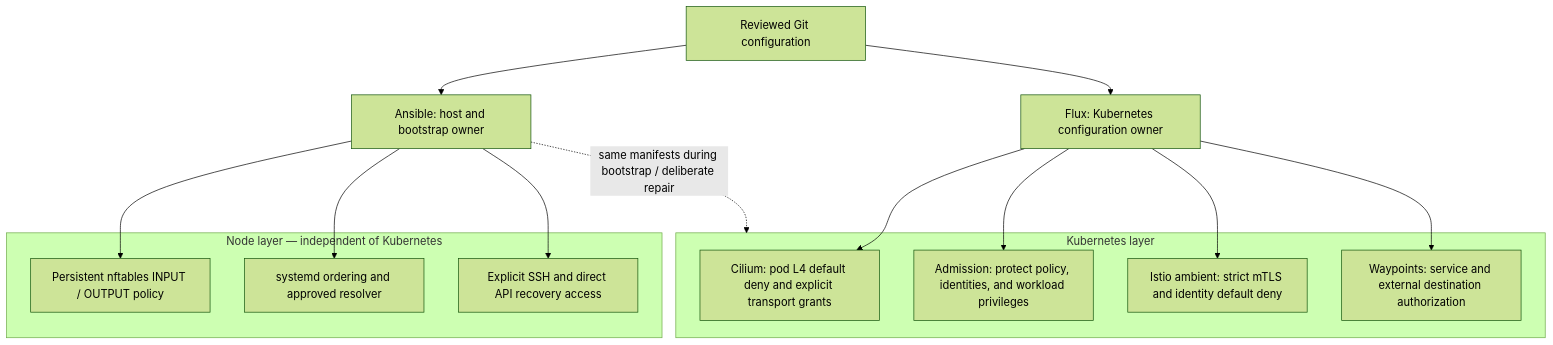
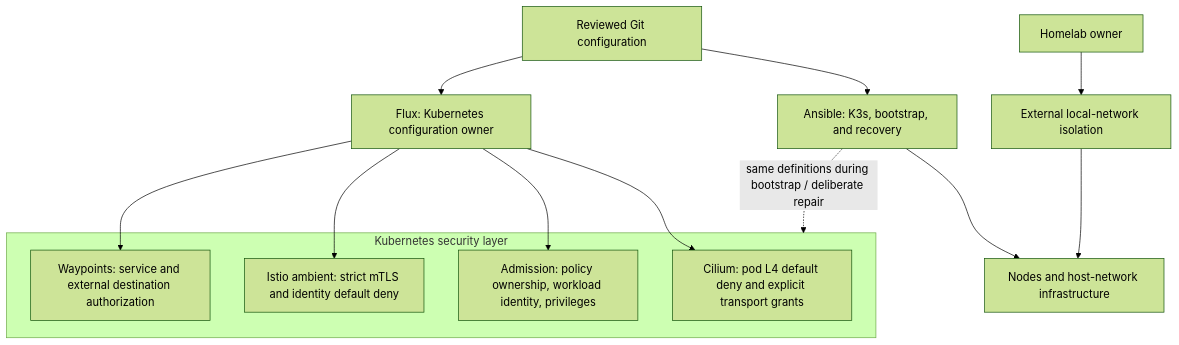
Before and after one commit to liamawhite/homelab: the second of 5 diagrams in docs/architecture/network-security.md, drawn with Mermaid (forest theme). The commit also changed other lines of this file and 24 other files, not shown here.

Commit message:
Delegate node isolation externally and retain pod and mesh default deny

````diff
--- a/docs/architecture/network-security.md
+++ b/docs/architecture/network-security.md
@@ -13,27 +25,21 @@
 ```mermaid
 flowchart TB
-    Git["Reviewed Git configuration"]
-    Git --> Ansible["Ansible: host and bootstrap owner"]
+    Owner["Homelab owner"] --> External["External local-network isolation"]
+    External --> Nodes["Nodes and host-network infrastructure"]
+
+    Git["Reviewed Git configuration"] --> Ansible["Ansible: K3s, bootstrap, and recovery"]
     Git --> Flux["Flux: Kubernetes configuration owner"]
+    Ansible --> Nodes
 
-    subgraph Hosts["Node layer — independent of Kubernetes"]
-        NFT["Persistent nftables INPUT / OUTPUT policy"]
-        Boot["systemd ordering and approved resolver"]
-        Recovery["Explicit SSH and direct API recovery access"]
-    end
-    Ansible --> NFT
-    Ansible --> Boot
-    Ansible --> Recovery
-
-    subgraph Cluster["Kubernetes layer"]
+    subgraph Cluster["Kubernetes security layer"]
         Cilium["Cilium: pod L4 default deny and explicit transport grants"]
-        Admission["Admission: protect policy, identities, and workload privileges"]
+        Admission["Admission: policy ownership, workload identity, privileges"]
         Istio["Istio ambient: strict mTLS and identity default deny"]
         Waypoint["Waypoints: service and external destination authorization"]
     end
     Flux --> Cilium
     Flux --> Admission
     Flux --> Istio
     Flux --> Waypoint
-    Ansible -. "same manifests during bootstrap / deliberate repair" .-> Cluster
+    Ansible -. "same definitions during bootstrap / deliberate repair" .-> Cluster
 ```
````
